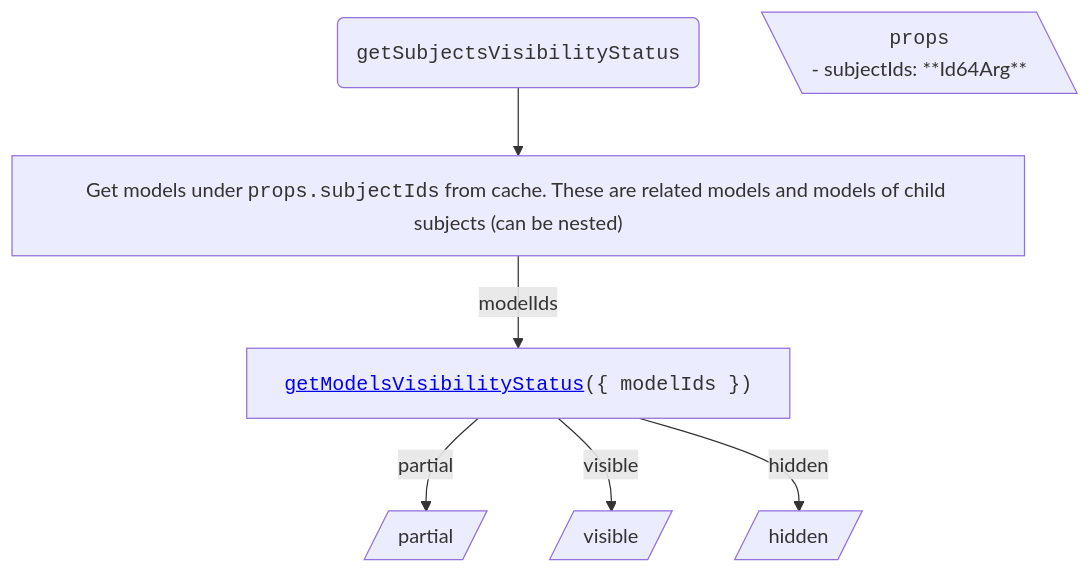
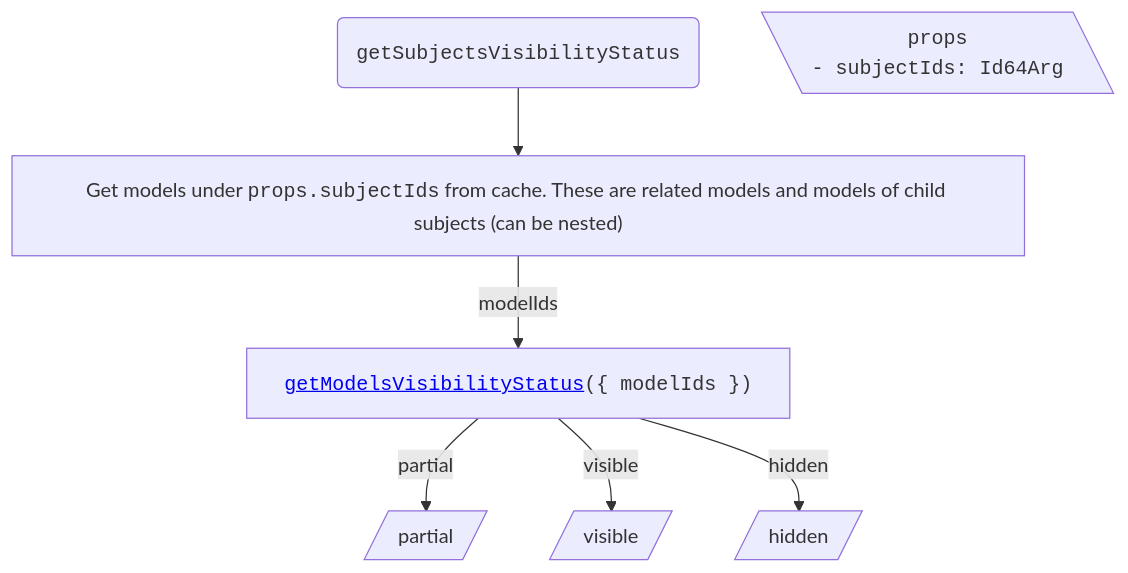
Before and after one commit to iTwin/viewer-components-react: the first of 2 diagrams in packages/itwin/tree-widget/docs/ModelsTreeVisibilityHandling.md, drawn with Mermaid. The commit also changed other lines of this file and 7 other files, not shown here.

First line of the commit message:
[Tree widget]: add change visibility mermaid diagrams on `next` (#1674)

````diff
--- a/packages/itwin/tree-widget/docs/ModelsTreeVisibilityHandling.md
+++ b/packages/itwin/tree-widget/docs/ModelsTreeVisibilityHandling.md
@@ -21,27 +27,28 @@
 ```mermaid
 ---
 config:
   flowchart:
     wrappingWidth: 750
     useMaxWidth: false
 ---
 
 flowchart TD
   RESULT_Partial[/partial/]
   RESULT_Visible[/visible/]
   RESULT_Hidden[/hidden/]
 
   %% Start
-  TITLE("<code>getSubjectsVisibilityStatus</code>") --> A["Get models under <code>props.subjectIds</code> from cache. These are related models and models of child subjects (can be nested)"]
+  TITLE("<span style='font-family: monospace;'>getSubjectsVisibilityStatus</span>") --> A["Get models under <span style='font-family: monospace;'>props.subjectIds</span> from cache. These are related models and models of child subjects (can be nested)"]
 
-  PROPS[\"<code>props</code>
-    <div style='text-align: left;'>- subjectIds: **Id64Arg**</div>
+  PROPS[\"
+    <span style='font-family: monospace;'>props</span>
+    <span style='display: block; text-align: left; font-family: monospace;'>- subjectIds: Id64Arg</span>
   "\]
 
-  A -- modelIds --> B["<code><a href='./SharedVisibilityHandling.md#getmodelsvisibilitystatus'>getModelsVisibilityStatus</a>({ modelIds })</code>"]
+  A -- modelIds --> B["<span style='font-family: monospace;'><a href='./SharedVisibilityHandling.md#getmodelsvisibilitystatus'>getModelsVisibilityStatus</a>({ modelIds })</span>"]
 
   %% Results
   B -- partial --> RESULT_Partial
   B -- visible --> RESULT_Visible
   B -- hidden --> RESULT_Hidden
 ```
````
